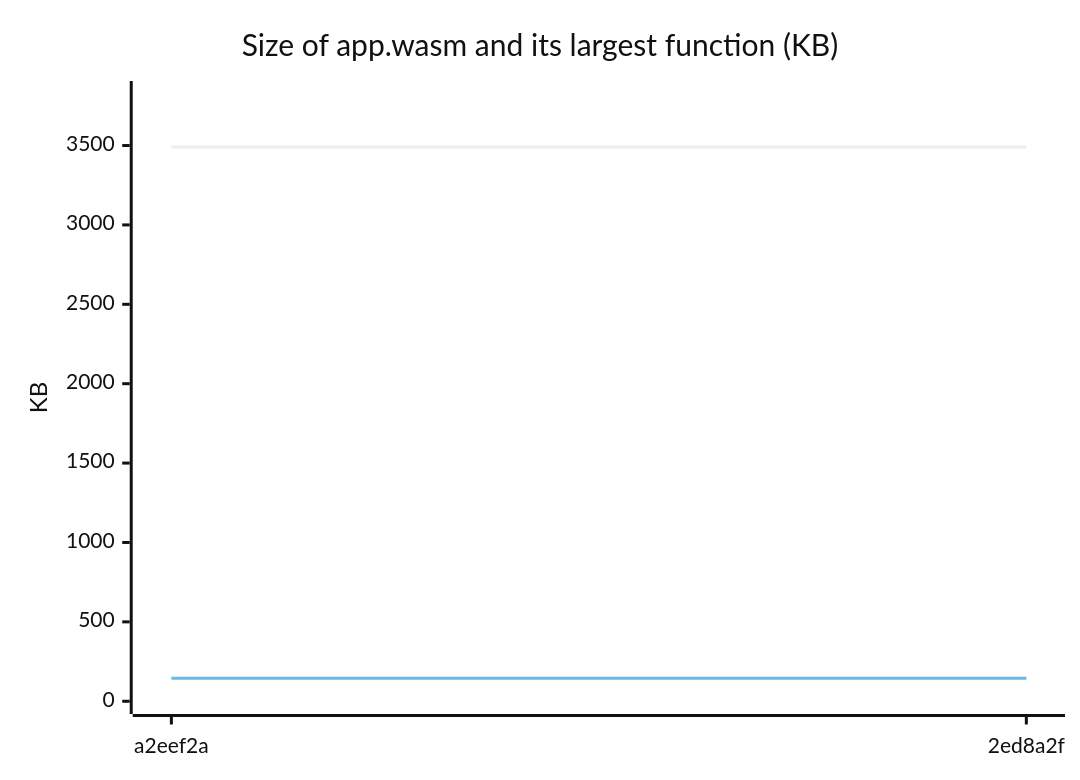
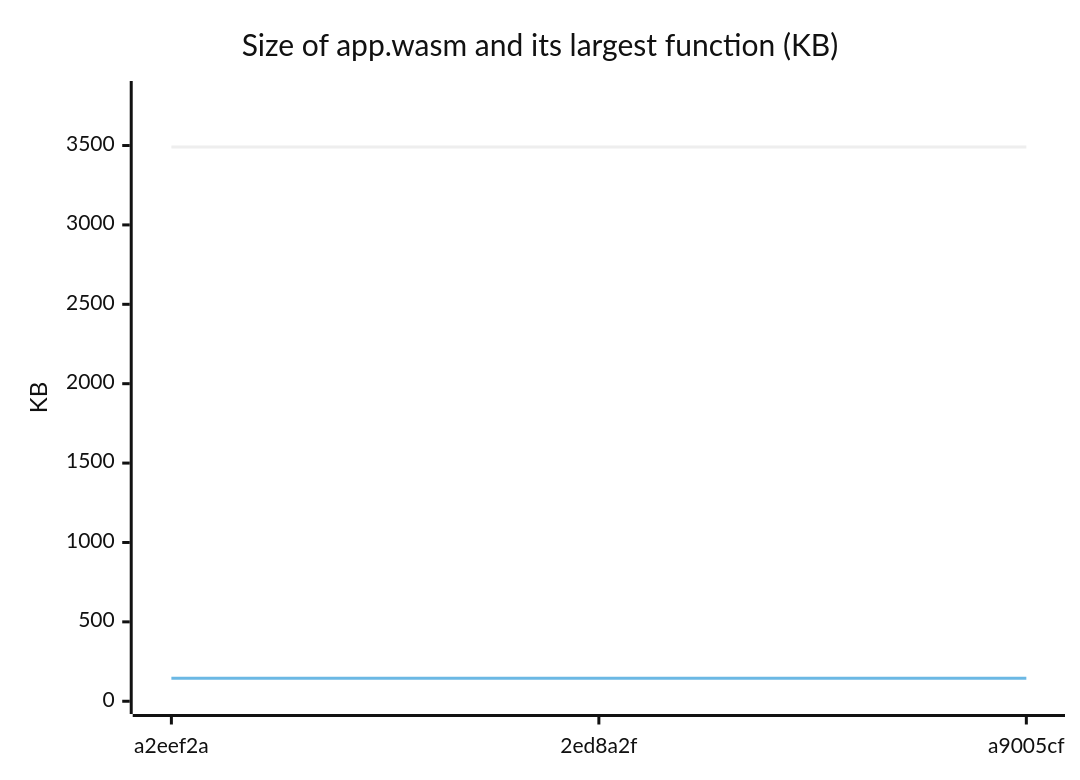
The sixth of 7 diagrams in CHART.md (Karakatiza666/roc-cloudflare-workers), drawn with Mermaid (neutral theme) before and after one commit. The commit also changed other lines of this file and 2 other files, not shown here.

````diff
--- a/CHART.md
+++ b/CHART.md
@@ -70,8 +86,8 @@
 ```mermaid
 xychart-beta
     title "Size of app.wasm and its largest function (KB)"
-    x-axis ["a2eef2a", "2ed8a2f"]
+    x-axis ["a2eef2a", "2ed8a2f", "a9005cf"]
     y-axis "KB" 0 --> 3826.1
-    line [3491.5, 3491.5]
-    line [144.61, 144.61]
+    line [3491.5, 3491.5, 3491.5]
+    line [144.61, 144.61, 144.61]
 ```
````
